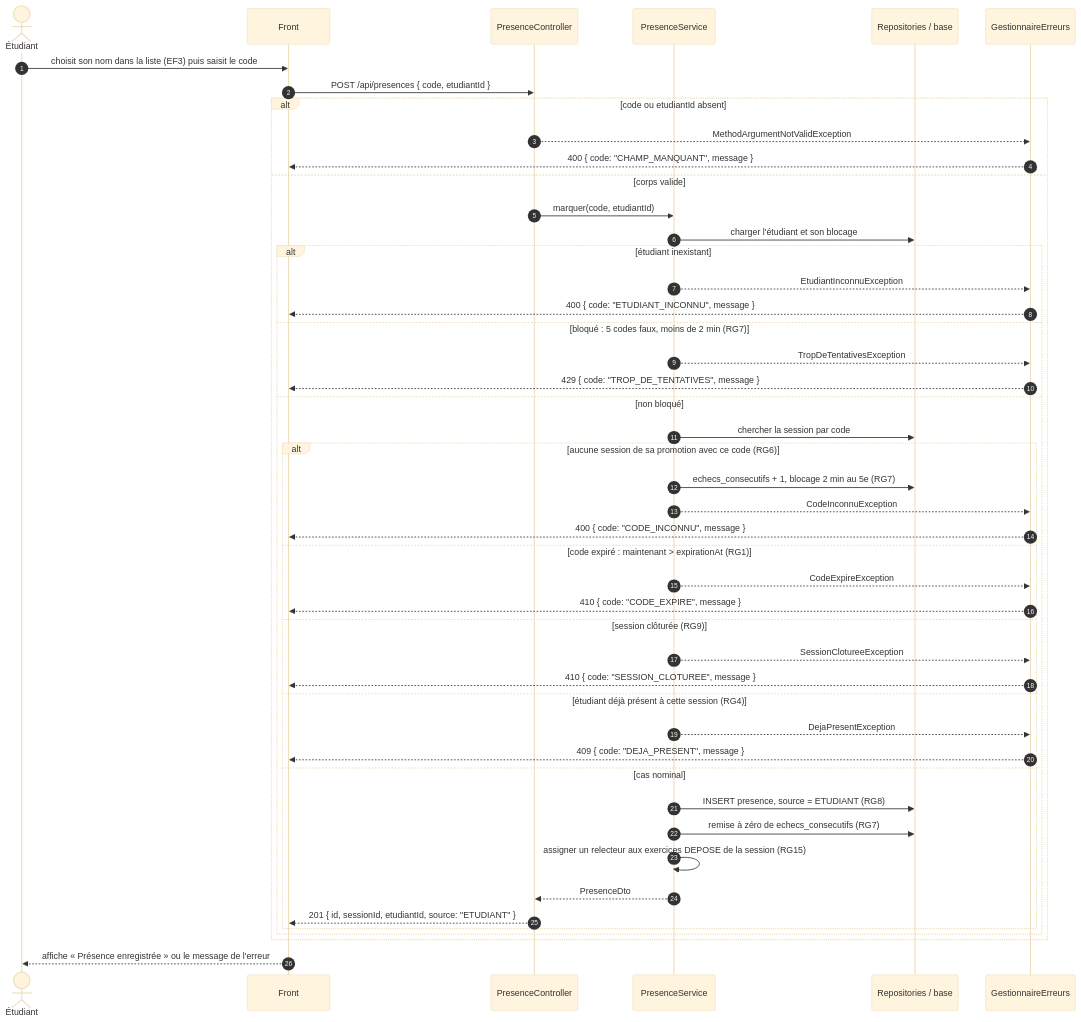
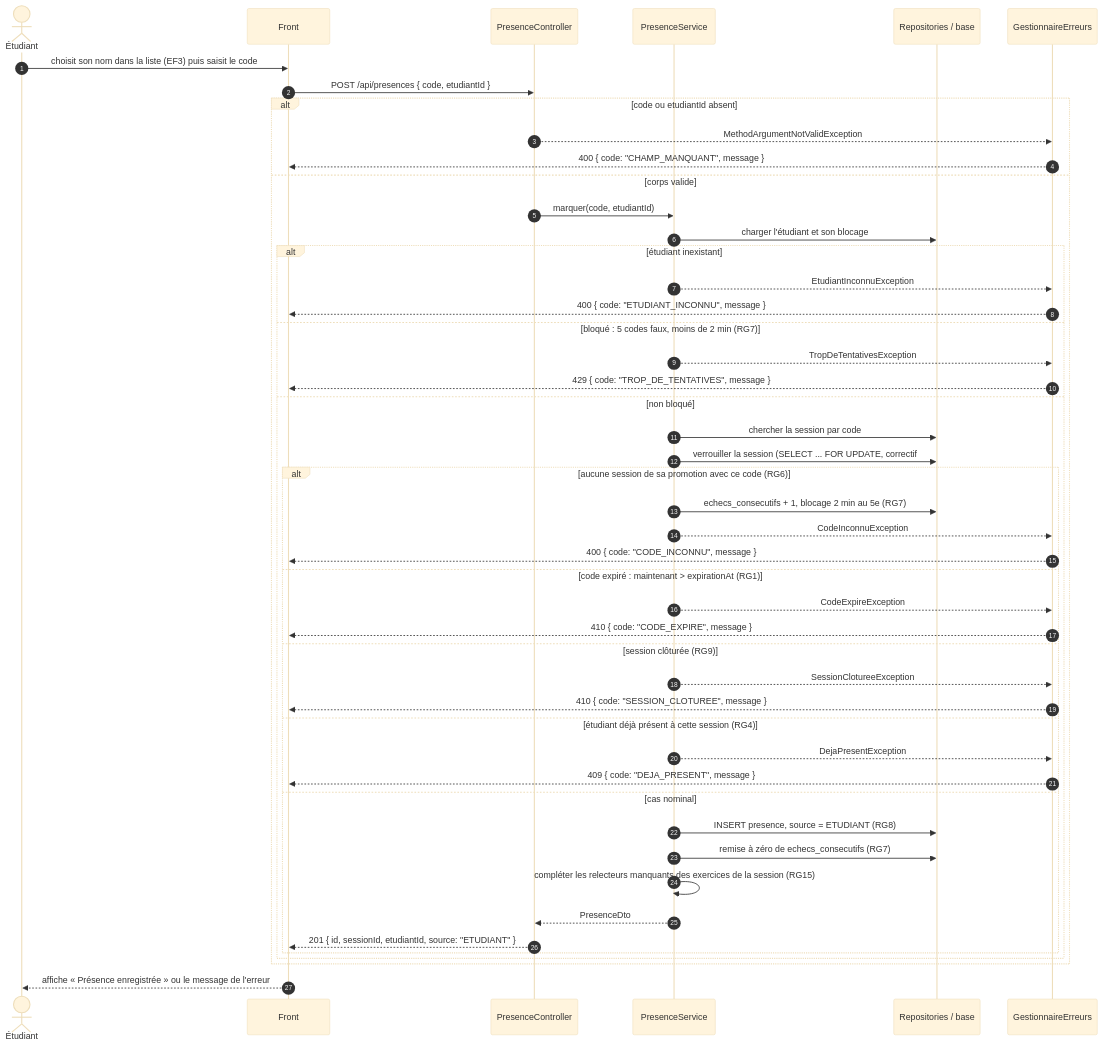
One commit to KFCAyzen/kfokam48-epreuve-KF48-YAO-196 changed the diagram in docs/diagrammes/D3-sequence-presence.md. Above: the diagram before and after it, drawn with Mermaid (base theme). The commit also changed other lines of this file and 3 other files, not shown here.

First line of the commit message:
docs(diagrammes): met à jour D1 à D4, conséquence de la double relecture et du correctif #56

````diff
--- a/docs/diagrammes/D3-sequence-presence.md
+++ b/docs/diagrammes/D3-sequence-presence.md
@@ -5,50 +5,51 @@
 ```mermaid
 sequenceDiagram
     autonumber
     actor E as Étudiant
     participant F as Front
     participant API as PresenceController
     participant S as PresenceService
     participant DB as Repositories / base
     participant G as GestionnaireErreurs
 
     E->>F: choisit son nom dans la liste (EF3) puis saisit le code
     F->>API: POST /api/presences { code, etudiantId }
     alt code ou etudiantId absent
         API-->>G: MethodArgumentNotValidException
         G-->>F: 400 { code: "CHAMP_MANQUANT", message }
     else corps valide
         API->>S: marquer(code, etudiantId)
         S->>DB: charger l'étudiant et son blocage
         alt étudiant inexistant
             S-->>G: EtudiantInconnuException
             G-->>F: 400 { code: "ETUDIANT_INCONNU", message }
         else bloqué : 5 codes faux, moins de 2 min (RG7)
             S-->>G: TropDeTentativesException
             G-->>F: 429 { code: "TROP_DE_TENTATIVES", message }
         else non bloqué
             S->>DB: chercher la session par code
+            S->>DB: verrouiller la session (SELECT ... FOR UPDATE, correctif #56)
             alt aucune session de sa promotion avec ce code (RG6)
                 S->>DB: echecs_consecutifs + 1, blocage 2 min au 5e (RG7)
                 S-->>G: CodeInconnuException
                 G-->>F: 400 { code: "CODE_INCONNU", message }
             else code expiré : maintenant > expirationAt (RG1)
                 S-->>G: CodeExpireException
                 G-->>F: 410 { code: "CODE_EXPIRE", message }
             else session clôturée (RG9)
                 S-->>G: SessionClotureeException
                 G-->>F: 410 { code: "SESSION_CLOTUREE", message }
             else étudiant déjà présent à cette session (RG4)
                 S-->>G: DejaPresentException
                 G-->>F: 409 { code: "DEJA_PRESENT", message }
             else cas nominal
                 S->>DB: INSERT presence, source = ETUDIANT (RG8)
                 S->>DB: remise à zéro de echecs_consecutifs (RG7)
-                S->>S: assigner un relecteur aux exercices DEPOSE de la session (RG15)
+                S->>S: compléter les relecteurs manquants des exercices de la session (RG15)
                 S-->>API: PresenceDto
                 API-->>F: 201 { id, sessionId, etudiantId, source: "ETUDIANT" }
             end
         end
     end
     F-->>E: affiche « Présence enregistrée » ou le message de l'erreur
 ```
````
